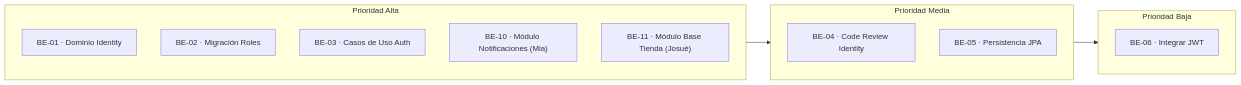
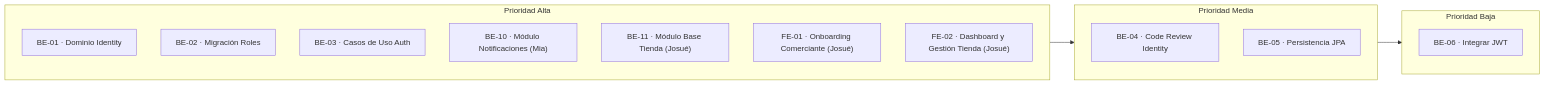
The first of 2 diagrams in docs/06-scrum/sprint-02.md (iJosueeh/jaldishop), drawn with Mermaid before and after one commit. The commit also changed other lines of this file and 36 other files, not shown here.

````diff
--- a/docs/06-scrum/sprint-02.md
+++ b/docs/06-scrum/sprint-02.md
@@ -28,21 +28,23 @@
 ```mermaid
 flowchart LR
     subgraph ALTA["Prioridad Alta"]
         T1["BE-01 · Dominio Identity"]
         T2["BE-02 · Migración Roles"]
         T3["BE-03 · Casos de Uso Auth"]
         T7["BE-10 · Módulo Notificaciones (Mia)"]
         T8["BE-11 · Módulo Base Tienda (Josué)"]
+        T9["FE-01 · Onboarding Comerciante (Josué)"]
+        T10["FE-02 · Dashboard y Gestión Tienda (Josué)"]
     end
 
     subgraph MEDIA["Prioridad Media"]
         T4["BE-04 · Code Review Identity"]
         T5["BE-05 · Persistencia JPA"]
     end
 
     subgraph BAJA["Prioridad Baja"]
         T6["BE-06 · Integrar JWT"]
     end
 
     ALTA --> MEDIA --> BAJA
 ```
````
